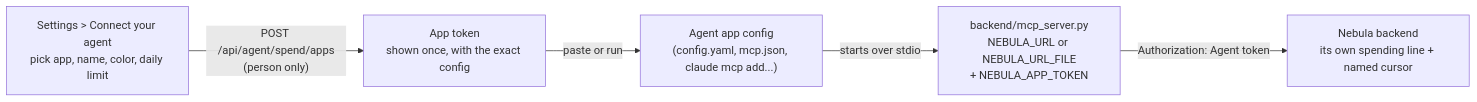
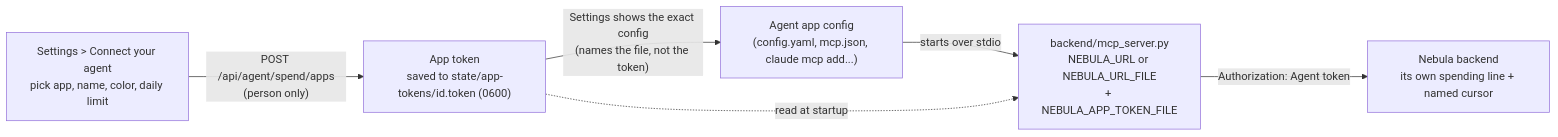
Before and after one commit to JustinPerea/nebula-nodes: the diagram in docs/MCP-SETUP.md, drawn with Mermaid. The commit also changed other lines of this file and 15 other files, not shown here.

First line of the commit message:
Hand connected apps a token file instead of the token

````diff
--- a/docs/MCP-SETUP.md
+++ b/docs/MCP-SETUP.md
@@ -561,7 +561,8 @@
 ```mermaid
 flowchart LR
-  S["Settings > Connect your agent<br/>pick app, name, color, daily limit"] -->|"POST /api/agent/spend/apps<br/>(person only)"| T["App token<br/>shown once, with the exact config"]
-  T -->|paste or run| C["Agent app config<br/>(config.yaml, mcp.json, claude mcp add...)"]
-  C -->|starts over stdio| M["backend/mcp_server.py<br/>NEBULA_URL or NEBULA_URL_FILE<br/>+ NEBULA_APP_TOKEN"]
+  S["Settings > Connect your agent<br/>pick app, name, color, daily limit"] -->|"POST /api/agent/spend/apps<br/>(person only)"| T["App token<br/>saved to state/app-tokens/id.token (0600)"]
+  T -->|"Settings shows the exact config<br/>(names the file, not the token)"| C["Agent app config<br/>(config.yaml, mcp.json, claude mcp add...)"]
+  C -->|starts over stdio| M["backend/mcp_server.py<br/>NEBULA_URL or NEBULA_URL_FILE<br/>+ NEBULA_APP_TOKEN_FILE"]
+  T -.->|read at startup| M
   M -->|"Authorization: Agent token"| B["Nebula backend<br/>its own spending line + named cursor"]
 ```
````
